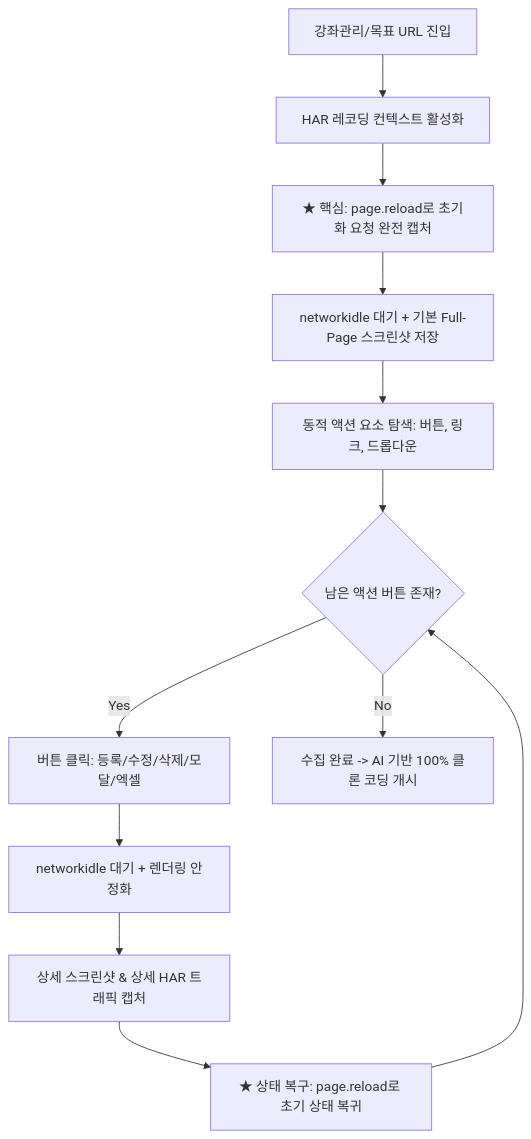
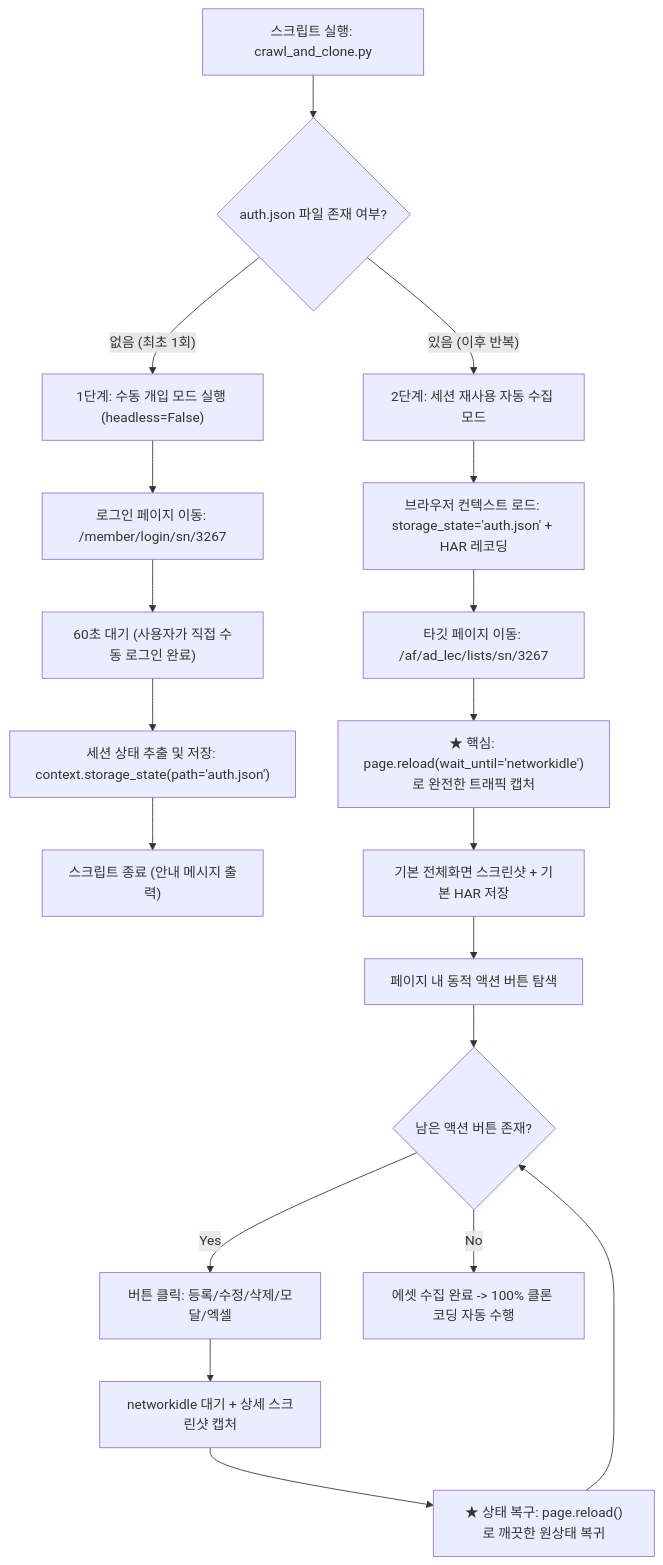
The diagram in docs/WEB_CLONE_AUTOMATION_STRATEGY.md (parkjinsoo8485/course_site), drawn with Mermaid before and after one commit. The commit also changed other lines of this file and 90 other files, not shown here.

Commit message:
feat(ad_lec): implement 100% clone for lecture registration and batch input pages with live API and routing

````diff
--- a/docs/WEB_CLONE_AUTOMATION_STRATEGY.md
+++ b/docs/WEB_CLONE_AUTOMATION_STRATEGY.md
@@ -13,14 +11,25 @@
 ```mermaid
 flowchart TD
-    A[강좌관리/목표 URL 진입] --> B[HAR 레코딩 컨텍스트 활성화]
-    B --> C[★ 핵심: page.reload로 초기화 요청 완전 캡처]
-    C --> D[networkidle 대기 + 기본 Full-Page 스크린샷 저장]
-    D --> E[동적 액션 요소 탐색: 버튼, 링크, 드롭다운]
-    E --> F{남은 액션 버튼 존재?}
-    F -- Yes --> G[버튼 클릭: 등록/수정/삭제/모달/엑셀]
-    G --> H[networkidle 대기 + 렌더링 안정화]
-    H --> I[상세 스크린샷 & 상세 HAR 트래픽 캡처]
-    I --> J[★ 상태 복구: page.reload로 초기 상태 복귀]
-    J --> F
-    F -- No --> K[수집 완료 -> AI 기반 100% 클론 코딩 개시]
+    A[스크립트 실행: crawl_and_clone.py] --> B{auth.json 파일 존재 여부?}
+    
+    %% 분기 1: 세션 파일이 없는 경우
+    B -- 없음 (최초 1회) --> C["1단계: 수동 개입 모드 실행 (headless=False)"]
+    C --> D[로그인 페이지 이동: /member/login/sn/3267]
+    D --> E["60초 대기 (사용자가 직접 수동 로그인 완료)"]
+    E --> F["세션 상태 추출 및 저장: context.storage_state(path='auth.json')"]
+    F --> G["스크립트 종료 (안내 메시지 출력)"]
+
+    %% 분기 2: 세션 파일이 이미 존재하는 경우
+    B -- 있음 (이후 반복) --> H["2단계: 세션 재사용 자동 수집 모드"]
+    H --> I["브라우저 컨텍스트 로드: storage_state='auth.json' + HAR 레코딩"]
+    I --> J[타깃 페이지 이동: /af/ad_lec/lists/sn/3267]
+    J --> K["★ 핵심: page.reload(wait_until='networkidle')로 완전한 트래픽 캡처"]
+    K --> L[기본 전체화면 스크린샷 + 기본 HAR 저장]
+    L --> M[페이지 내 동적 액션 버튼 탐색]
+    M --> N{남은 액션 버튼 존재?}
+    N -- Yes --> O[버튼 클릭: 등록/수정/삭제/모달/엑셀]
+    O --> P[networkidle 대기 + 상세 스크린샷 캡처]
+    P --> Q["★ 상태 복구: page.reload()로 깨끗한 원상태 복귀"]
+    Q --> N
+    N -- No --> R[에셋 수집 완료 -> 100% 클론 코딩 자동 수행]
 ```
````
